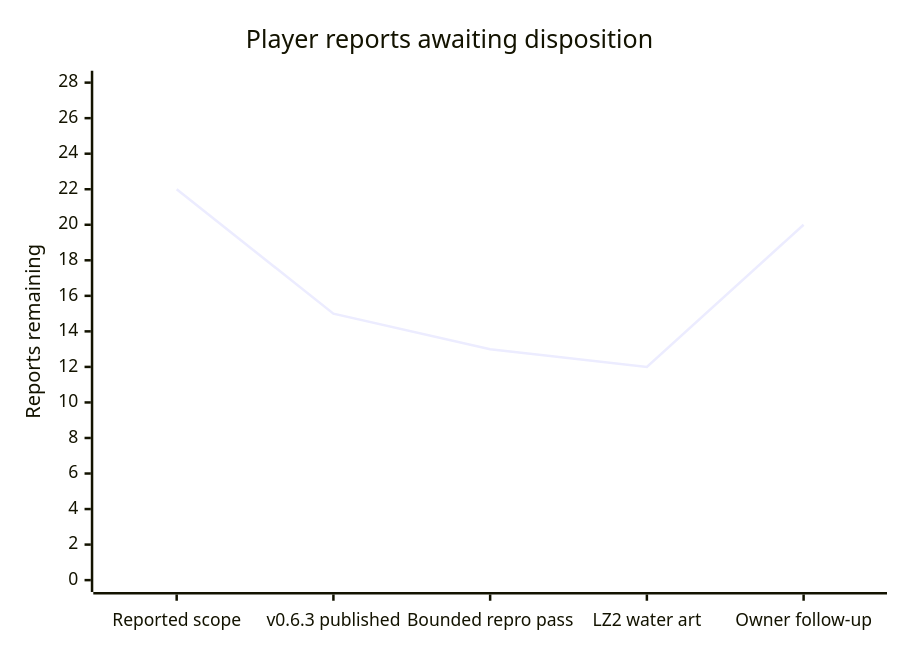
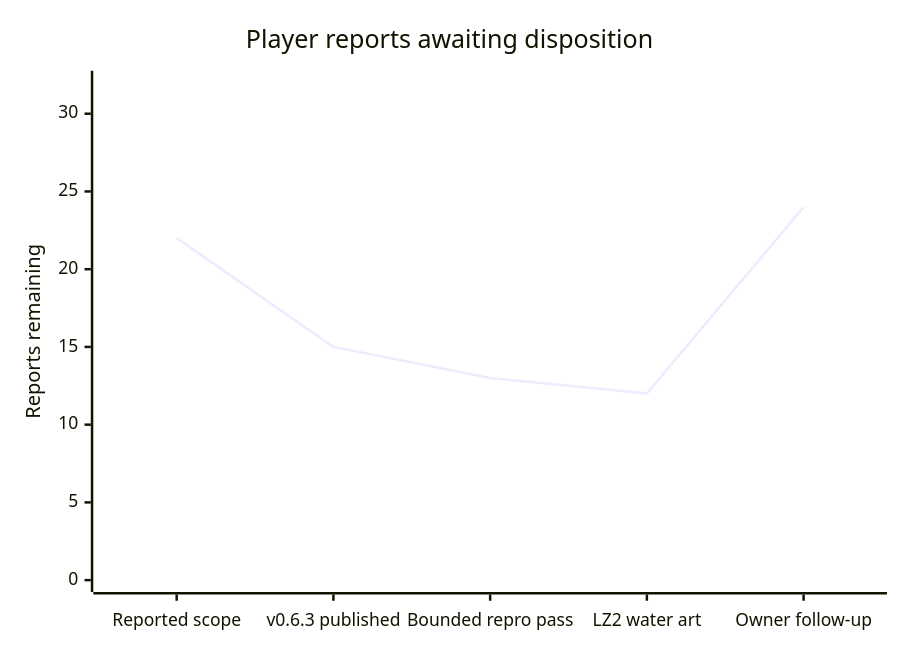
Before and after one commit to mstan/Sonic3AndKnucklesRecomp: the diagram in docs/PLAYER_FEEDBACK_BURNDOWN.md, drawn with Mermaid. The commit also changed other lines of this file, not shown here.

Commit message:
Track slot-machine rendering and progression reports

````diff
--- a/docs/PLAYER_FEEDBACK_BURNDOWN.md
+++ b/docs/PLAYER_FEEDBACK_BURNDOWN.md
@@ -9,7 +9,7 @@
 ```mermaid
 xychart-beta
     title "Player reports awaiting disposition"
     x-axis ["Reported scope", "v0.6.3 published", "Bounded repro pass", "LZ2 water art", "Owner follow-up"]
-    y-axis "Reports remaining" 0 --> 28
-    line [22, 15, 13, 12, 20]
+    y-axis "Reports remaining" 0 --> 32
+    line [22, 15, 13, 12, 24]
 ```
````
